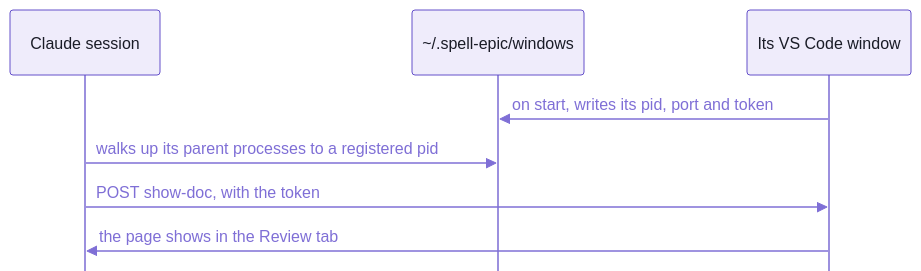
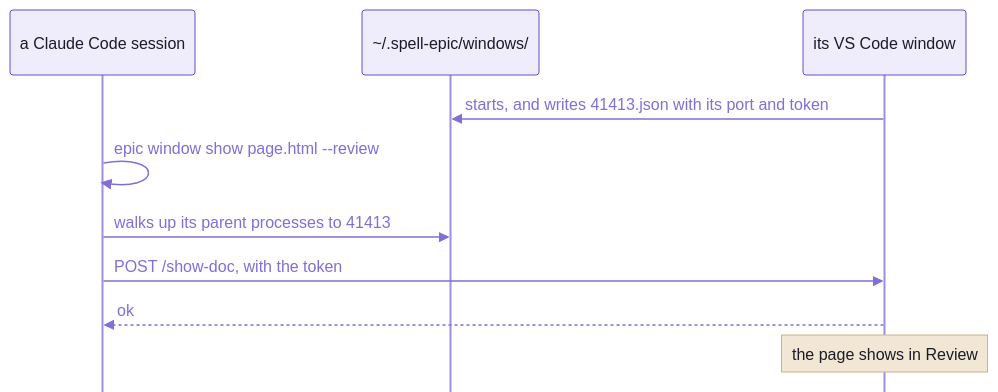
One commit to spell-app/spell changed the second of 2 diagrams in epic/README-vscode.md. Above: the diagram before and after it, drawn with Mermaid. The commit also changed other lines of this file and 14 other files, not shown here.

Commit message:
readme P11:  Voice Rewrite -- spell-epic's six pages in the chosen voice;  screenshots retaken without the internal repo

````diff
--- a/epic/README-vscode.md
+++ b/epic/README-vscode.md
@@ -80,11 +280,13 @@
 ```mermaid
 %%{init: {"theme":"base","themeVariables":{"fontFamily":"-apple-system, BlinkMacSystemFont, Segoe UI, Helvetica, Arial, sans-serif","fontSize":"15px","primaryColor":"#EFECFB","primaryBorderColor":"#6550CA","primaryTextColor":"#1A1C27","secondaryColor":"#F4F1E9","tertiaryColor":"#F7F6FC","lineColor":"#7F6FD6","textColor":"#7F6FD6","clusterBkg":"#F7F6FC","clusterBorder":"#B9B0E8","titleColor":"#1A1C27","edgeLabelBackground":"#F7F6FC","actorBkg":"#EFECFB","actorBorder":"#6550CA","actorTextColor":"#1A1C27","actorLineColor":"#9C90DE","signalColor":"#7F6FD6","signalTextColor":"#7F6FD6","labelBoxBkgColor":"#EFECFB","labelBoxBorderColor":"#6550CA","labelTextColor":"#1A1C27","loopTextColor":"#7F6FD6","noteBkgColor":"#F1E7D4","noteBorderColor":"#C9B48A","noteTextColor":"#1A1C27","activationBkgColor":"#DCD6F7","activationBorderColor":"#6550CA","sequenceNumberColor":"#FFFFFF"},"sequence":{"mirrorActors":false,"messageAlign":"left","noteAlign":"left"}}}%%
 sequenceDiagram
-  participant Session as Claude session
-  participant Registry as ~/.spell-epic/windows
-  participant Window as Its VS Code window
-  Window->>Registry: on start, writes its pid, port and token
-  Session->>Registry: walks up its parent processes to a registered pid
-  Session->>Window: POST show-doc, with the token
-  Window->>Session: the page shows in the Review tab
+  participant Session as a Claude Code session
+  participant Registry as ~/.spell-epic/windows/
+  participant Window as its VS Code window
+  Window->>Registry: starts, and writes 41413.json with its port and token
+  Session->>Session: epic window show page.html --review
+  Session->>Registry: walks up its parent processes to 41413
+  Session->>Window: POST /show-doc, with the token
+  Window-->>Session: ok
+  Note over Window: the page shows in Review
 ```
````
